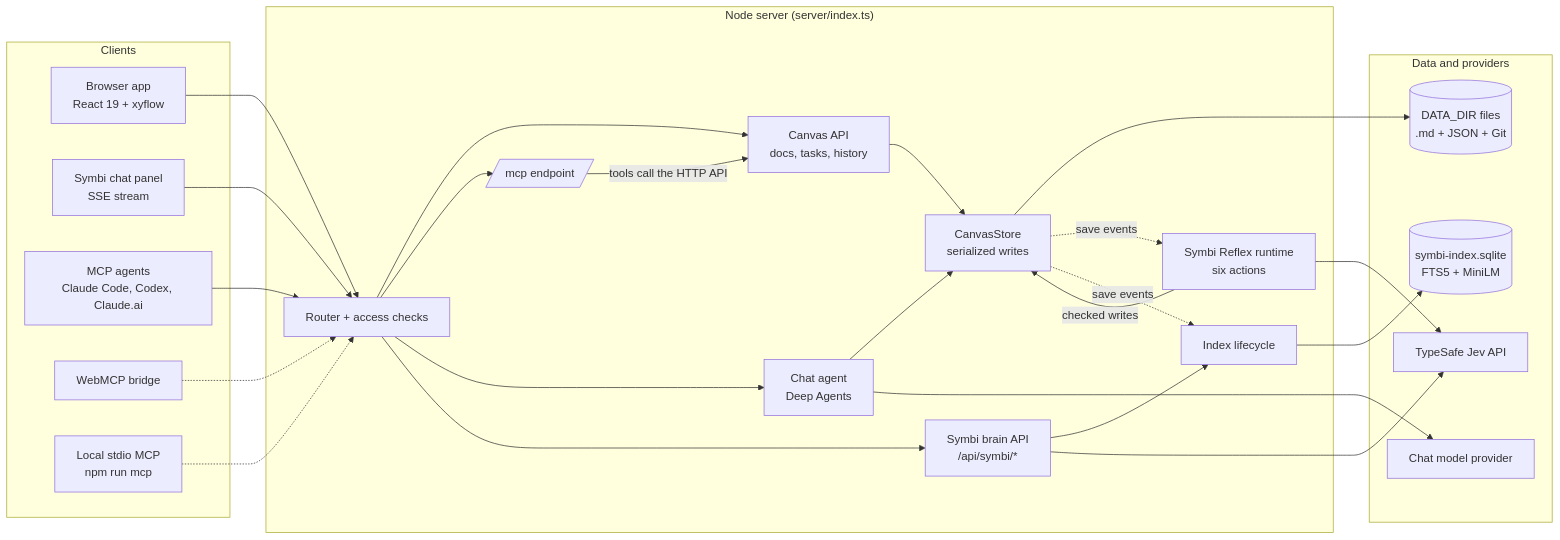
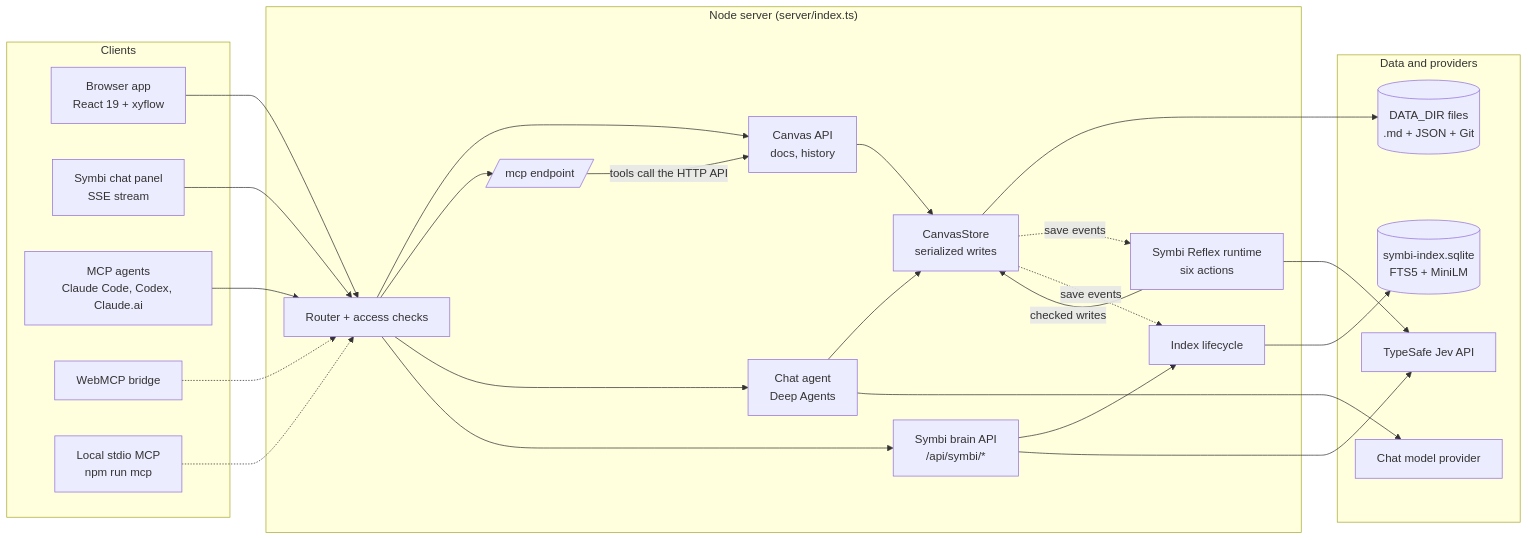
The diagram in docs/project-atlas/README.md (benrben/symbiknow), drawn with Mermaid before and after one commit. The commit also changed other lines of this file and 111 other files, not shown here.

````diff
--- a/docs/project-atlas/README.md
+++ b/docs/project-atlas/README.md
@@ -21,44 +21,44 @@
 ```mermaid
 flowchart LR
   subgraph Clients
     B[Browser app<br/>React 19 + xyflow]
     C[Symbi chat panel<br/>SSE stream]
     M[MCP agents<br/>Claude Code, Codex, Claude.ai]
     W[WebMCP bridge]
     S[Local stdio MCP<br/>npm run mcp]
   end
   subgraph Server["Node server (server/index.ts)"]
     R[Router + access checks]
-    API[Canvas API<br/>docs, tasks, history]
+    API[Canvas API<br/>docs, history]
     MCP[/mcp endpoint/]
     CA[Chat agent<br/>Deep Agents]
     ST[CanvasStore<br/>serialized writes]
     RX[Symbi Reflex runtime<br/>six actions]
     BR[Symbi brain API<br/>/api/symbi/*]
     IX[Index lifecycle]
   end
   subgraph Data["Data and providers"]
     F[(DATA_DIR files<br/>.md + JSON + Git)]
     Q[(symbi-index.sqlite<br/>FTS5 + MiniLM)]
     L[Chat model provider]
     J[TypeSafe Jev API]
   end
   B --> R
   C --> R
   M --> R
   W -.-> R
   S -.-> R
   R --> API & MCP & CA & BR
   MCP -->|tools call the HTTP API| API
   API --> ST
   CA --> ST
   CA --> L
   ST --> F
   ST -.save events.-> RX
   ST -.save events.-> IX
   IX --> Q
   BR --> IX
   RX --> J
   BR --> J
   RX -->|checked writes| ST
 ```
````
